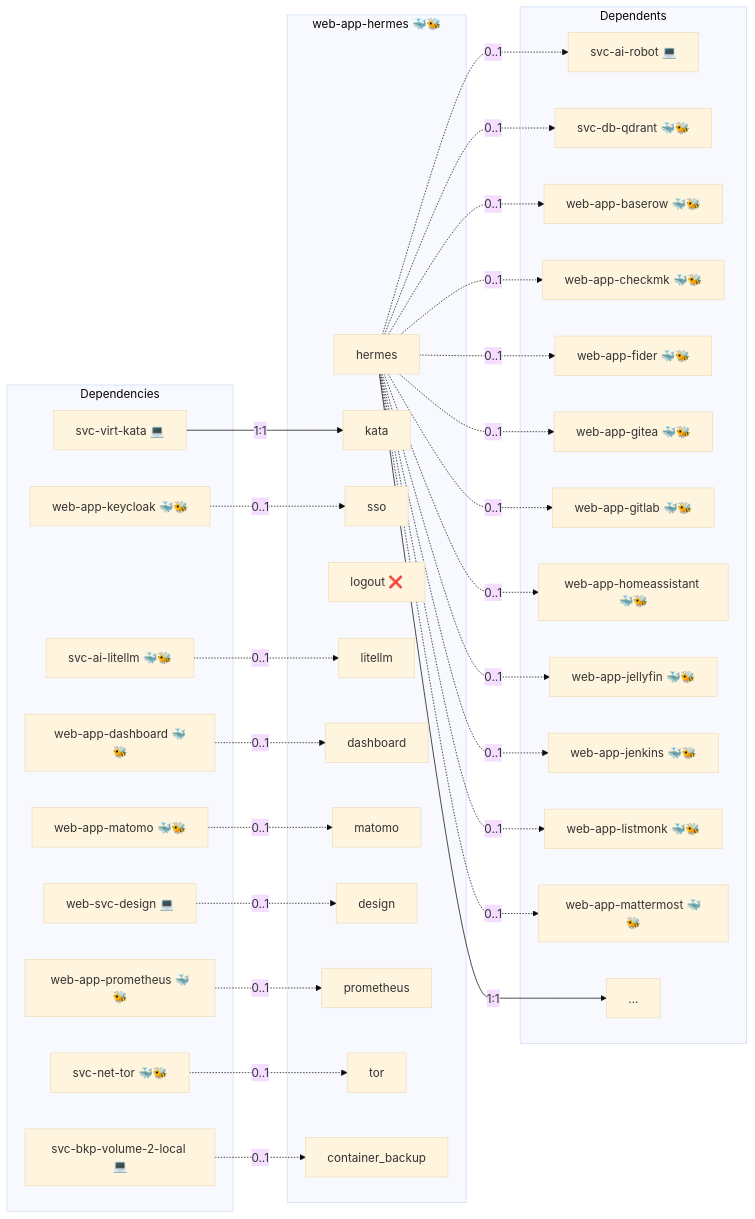
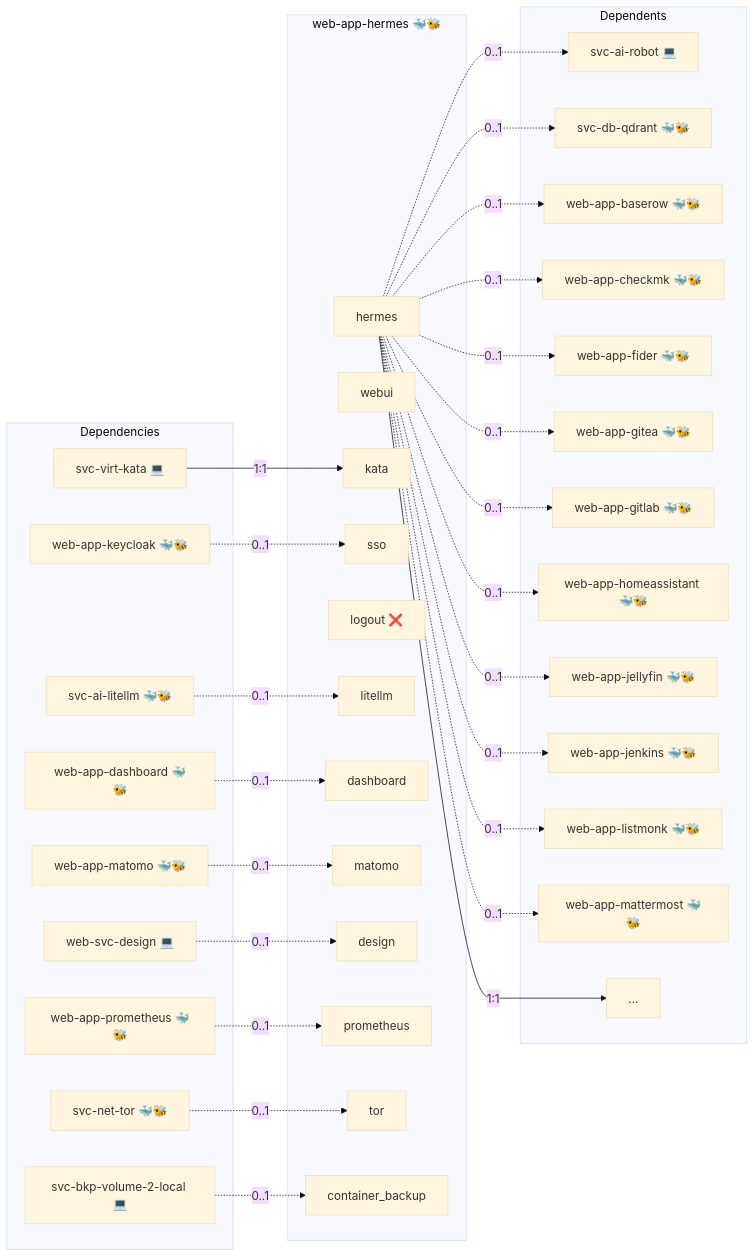
One commit to infinito-nexus/core changed the diagram in roles/web-app-hermes/README.md. Above: the diagram before and after it, drawn with Mermaid (base theme). The commit also changed other lines of this file and 23 other files, not shown here.

````diff
--- a/roles/web-app-hermes/README.md
+++ b/roles/web-app-hermes/README.md
@@ -15,64 +15,65 @@
 ```mermaid
 flowchart LR
     subgraph deps [Dependencies]
         dep_svc_ai_litellm["svc-ai-litellm 🐳🐝"]
         dep_svc_bkp_volume_2_local["svc-bkp-volume-2-local 💻"]
         dep_svc_net_tor["svc-net-tor 🐳🐝"]
         dep_svc_virt_kata["svc-virt-kata 💻"]
         dep_web_app_dashboard["web-app-dashboard 🐳🐝"]
         dep_web_app_keycloak["web-app-keycloak 🐳🐝"]
         dep_web_app_matomo["web-app-matomo 🐳🐝"]
         dep_web_app_prometheus["web-app-prometheus 🐳🐝"]
         dep_web_svc_design["web-svc-design 💻"]
     end
     subgraph role [web-app-hermes 🐳🐝]
         svc_hermes["hermes"]
+        svc_webui["webui"]
         svc_kata["kata"]
         svc_sso["sso"]
         svc_logout["logout ❌"]
         svc_litellm["litellm"]
         svc_dashboard["dashboard"]
         svc_matomo["matomo"]
         svc_design["design"]
         svc_prometheus["prometheus"]
         svc_tor["tor"]
         svc_container_backup["container_backup"]
     end
     subgraph dependents [Dependents]
         dpt_svc_ai_robot["svc-ai-robot 💻"]
         dpt_svc_db_qdrant["svc-db-qdrant 🐳🐝"]
         dpt_web_app_baserow["web-app-baserow 🐳🐝"]
         dpt_web_app_checkmk["web-app-checkmk 🐳🐝"]
         dpt_web_app_fider["web-app-fider 🐳🐝"]
         dpt_web_app_gitea["web-app-gitea 🐳🐝"]
         dpt_web_app_gitlab["web-app-gitlab 🐳🐝"]
         dpt_web_app_homeassistant["web-app-homeassistant 🐳🐝"]
         dpt_web_app_jellyfin["web-app-jellyfin 🐳🐝"]
         dpt_web_app_jenkins["web-app-jenkins 🐳🐝"]
         dpt_web_app_listmonk["web-app-listmonk 🐳🐝"]
         dpt_web_app_mattermost["web-app-mattermost 🐳🐝"]
         dpt_more["..."]
     end
     dep_svc_ai_litellm -. "0..1" .-> svc_litellm
     dep_svc_bkp_volume_2_local -. "0..1" .-> svc_container_backup
     dep_svc_net_tor -. "0..1" .-> svc_tor
     dep_svc_virt_kata -- "1:1" --> svc_kata
     dep_web_app_dashboard -. "0..1" .-> svc_dashboard
     dep_web_app_keycloak -. "0..1" .-> svc_sso
     dep_web_app_matomo -. "0..1" .-> svc_matomo
     dep_web_app_prometheus -. "0..1" .-> svc_prometheus
     dep_web_svc_design -. "0..1" .-> svc_design
     svc_hermes -- "1:1" --> dpt_more
     svc_hermes -. "0..1" .-> dpt_svc_ai_robot
     svc_hermes -. "0..1" .-> dpt_svc_db_qdrant
     svc_hermes -. "0..1" .-> dpt_web_app_baserow
     svc_hermes -. "0..1" .-> dpt_web_app_checkmk
     svc_hermes -. "0..1" .-> dpt_web_app_fider
     svc_hermes -. "0..1" .-> dpt_web_app_gitea
     svc_hermes -. "0..1" .-> dpt_web_app_gitlab
     svc_hermes -. "0..1" .-> dpt_web_app_homeassistant
     svc_hermes -. "0..1" .-> dpt_web_app_jellyfin
     svc_hermes -. "0..1" .-> dpt_web_app_jenkins
     svc_hermes -. "0..1" .-> dpt_web_app_listmonk
     svc_hermes -. "0..1" .-> dpt_web_app_mattermost
 ```
````
